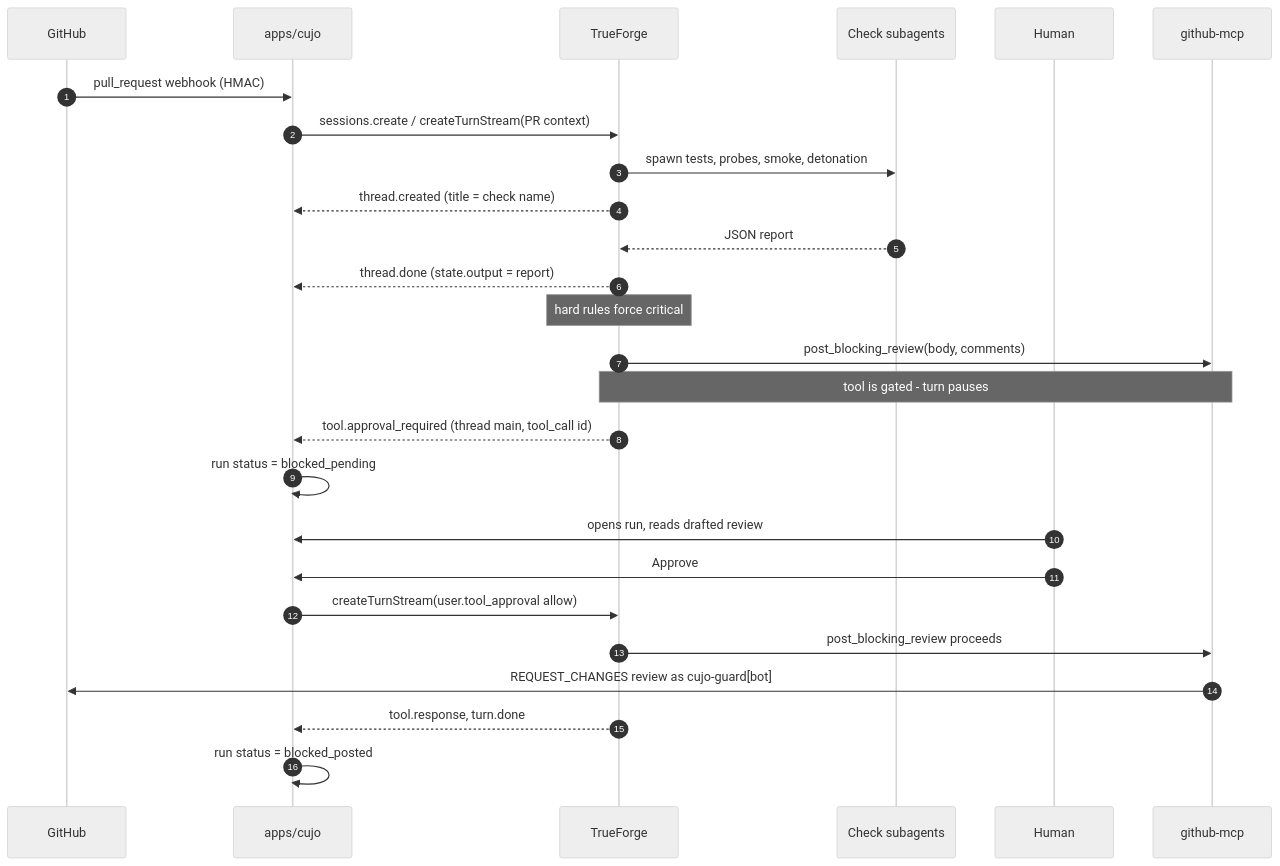
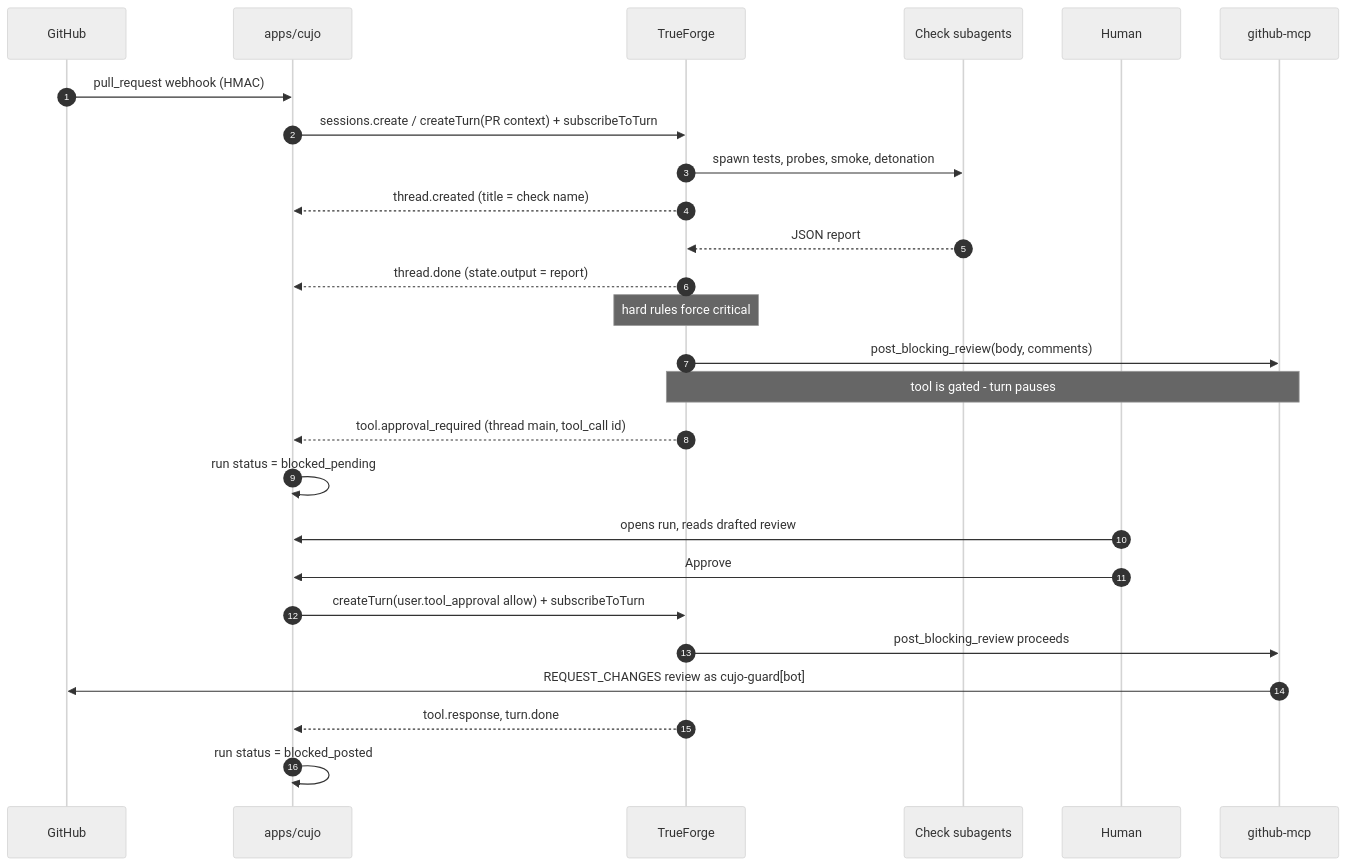
Before and after one commit to spencerjireh/cujo: the second of 2 diagrams in docs/architecture.md, drawn with Mermaid (neutral theme). The commit also changed other lines of this file and 12 other files, not shown here.

````diff
--- a/docs/architecture.md
+++ b/docs/architecture.md
@@ -118,29 +118,29 @@
 ```mermaid
 sequenceDiagram
   autonumber
   participant GH as GitHub
   participant C as apps/cujo
   participant TF as TrueForge
   participant Sub as Check subagents
   participant H as Human
   participant M as github-mcp
 
   GH->>C: pull_request webhook (HMAC)
-  C->>TF: sessions.create / createTurnStream(PR context)
+  C->>TF: sessions.create / createTurn(PR context) + subscribeToTurn
   TF->>Sub: spawn tests, probes, smoke, detonation
   TF-->>C: thread.created (title = check name)
   Sub-->>TF: JSON report
   TF-->>C: thread.done (state.output = report)
   Note over TF: hard rules force critical
   TF->>M: post_blocking_review(body, comments)
   Note over TF,M: tool is gated - turn pauses
   TF-->>C: tool.approval_required (thread main, tool_call id)
   C->>C: run status = blocked_pending
   H->>C: opens run, reads drafted review
   H->>C: Approve
-  C->>TF: createTurnStream(user.tool_approval allow)
+  C->>TF: createTurn(user.tool_approval allow) + subscribeToTurn
   TF->>M: post_blocking_review proceeds
   M->>GH: REQUEST_CHANGES review as cujo-guard[bot]
   TF-->>C: tool.response, turn.done
   C->>C: run status = blocked_posted
 ```
````
